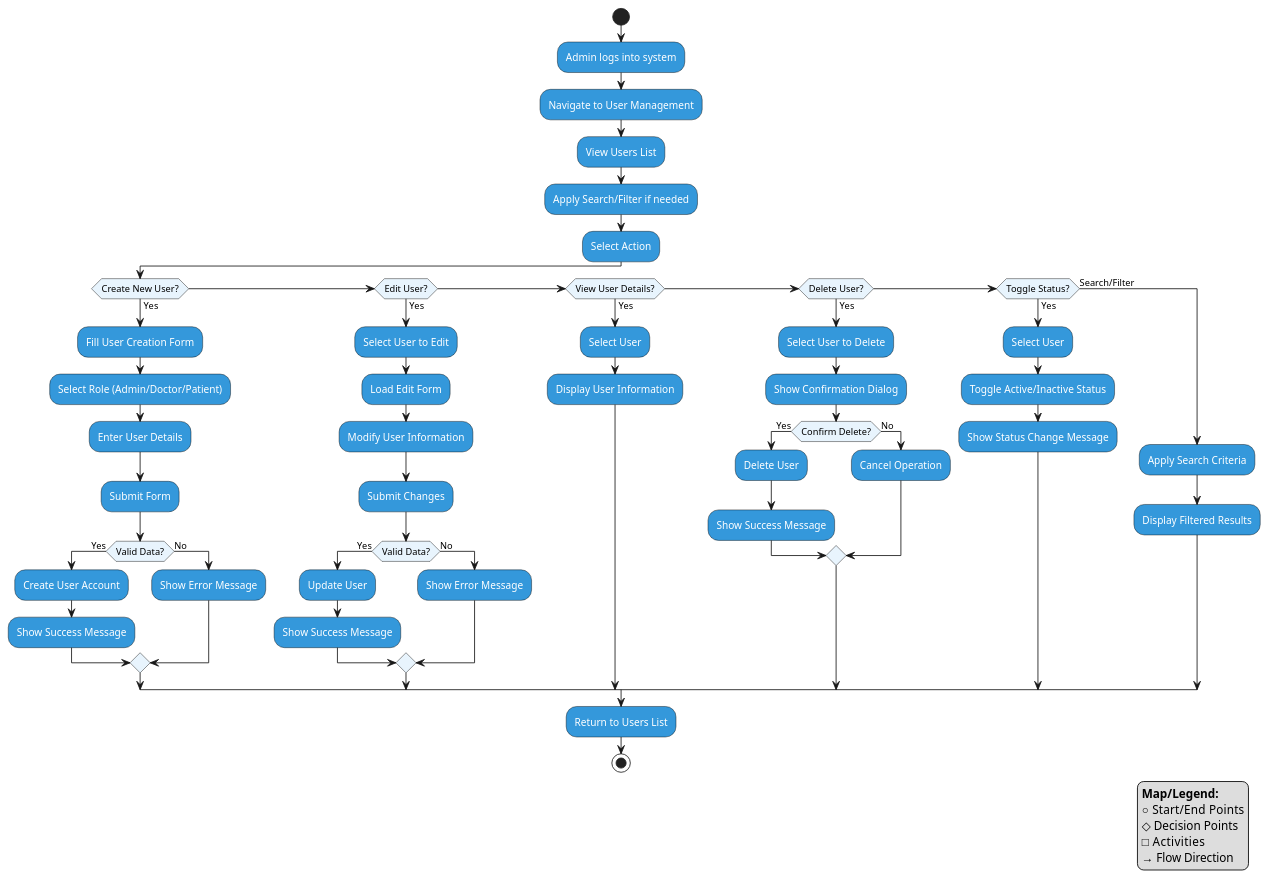
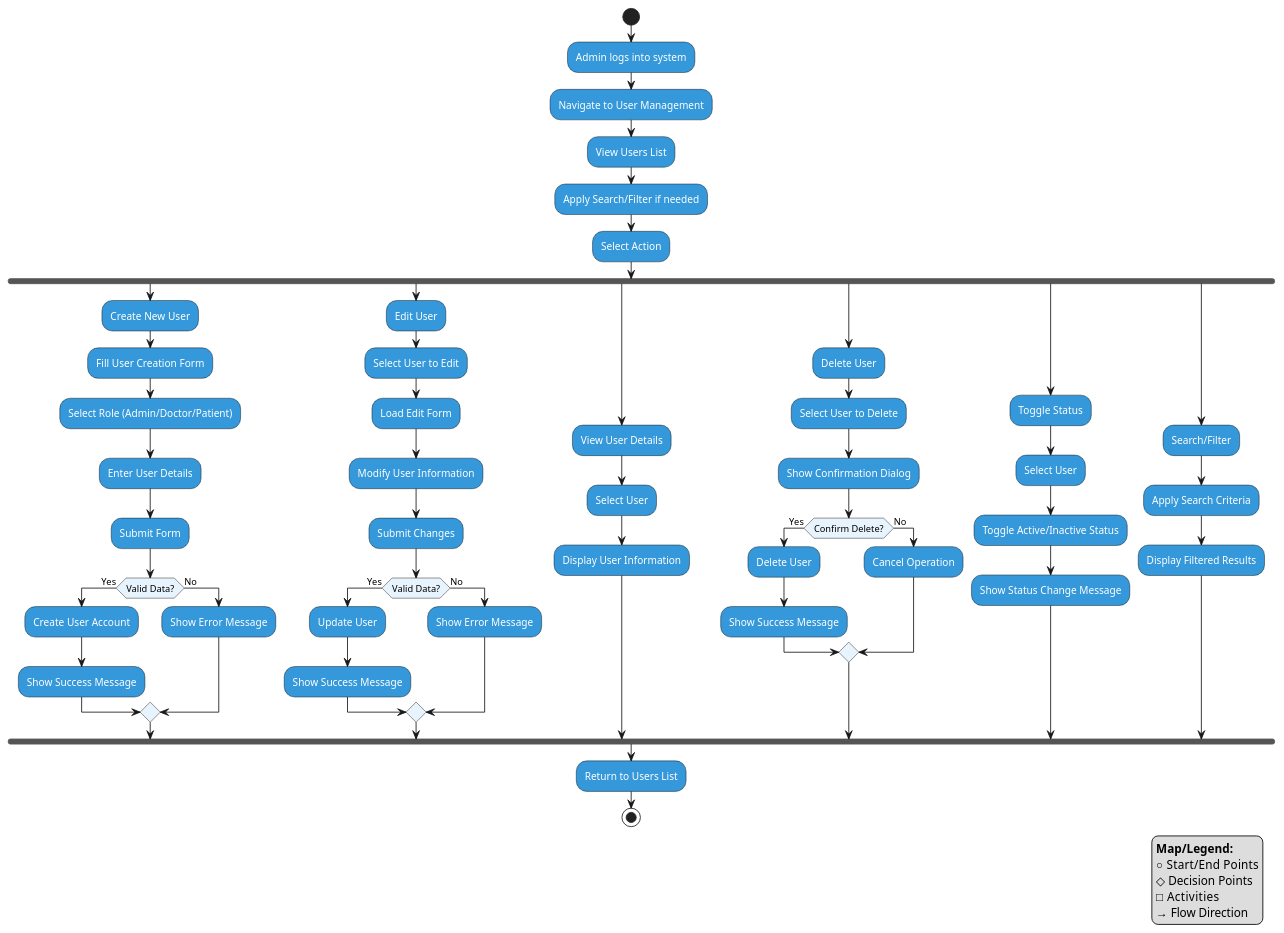
One commit to Ahmed-Makled/clinic changed the diagram in Admin_Manage_Users_Activity.puml. Above: the diagram before and after it, drawn with PlantUML. The commit also changed 21 other files, not shown here.

First line of the commit message:
Refactor sequence diagrams for clarity and consistency

```diff
--- a/Admin_Manage_Users_Activity.puml
+++ b/Admin_Manage_Users_Activity.puml
@@ -1,100 +1,107 @@
 @startuml Admin_Manage_Users_Activity
 
 skinparam Activity {
     BackgroundColor #3498db
     BorderColor #000000
     FontColor #ffffff
     FontSize 12
     FontName Arial
 }
 
 skinparam ActivityDiamond {
     BackgroundColor #e8f4fd
     BorderColor #000000
     FontColor #000000
     FontSize 11
     FontName Arial
 }
 
 skinparam Note {
     BackgroundColor #f8f9fa
     BorderColor #000000
     FontColor #000000
     FontSize 10
 }
 
 |Admin|
 start
 
 :Admin logs into system;
 
 :Navigate to User Management;
 
 :View Users List;
 
 :Apply Search/Filter if needed;
 
 :Select Action;
 
-if (Create New User?) then (Yes)
+fork
+    :Create New User;
     :Fill User Creation Form;
     :Select Role (Admin/Doctor/Patient);
     :Enter User Details;
     :Submit Form;
     if (Valid Data?) then (Yes)
         :Create User Account;
         :Show Success Message;
     else (No)
         :Show Error Message;
     endif
-    
-elseif (Edit User?) then (Yes)
+
+fork again
+    :Edit User;
     :Select User to Edit;
     :Load Edit Form;
     :Modify User Information;
     :Submit Changes;
     if (Valid Data?) then (Yes)
         :Update User;
         :Show Success Message;
     else (No)
         :Show Error Message;
     endif
-    
-elseif (View User Details?) then (Yes)
+
+fork again
+    :View User Details;
     :Select User;
     :Display User Information;
-    
-elseif (Delete User?) then (Yes)
+
+fork again
+    :Delete User;
     :Select User to Delete;
     :Show Confirmation Dialog;
     if (Confirm Delete?) then (Yes)
         :Delete User;
         :Show Success Message;
     else (No)
         :Cancel Operation;
     endif
-    
-elseif (Toggle Status?) then (Yes)
+
+fork again
+    :Toggle Status;
     :Select User;
     :Toggle Active/Inactive Status;
     :Show Status Change Message;
-    
-else (Search/Filter)
+
+fork again
+    :Search/Filter;
     :Apply Search Criteria;
     :Display Filtered Results;
-endif
+
+end fork
 
 :Return to Users List;
 
 stop
 
 ' Map/Legend positioned at bottom right
 legend right
 **Map/Legend:**
 ○ Start/End Points
-◇ Decision Points  
+◇ Decision Points
 □ Activities
 → Flow Direction
 endlegend
 
-@enduml 
+@enduml
```
